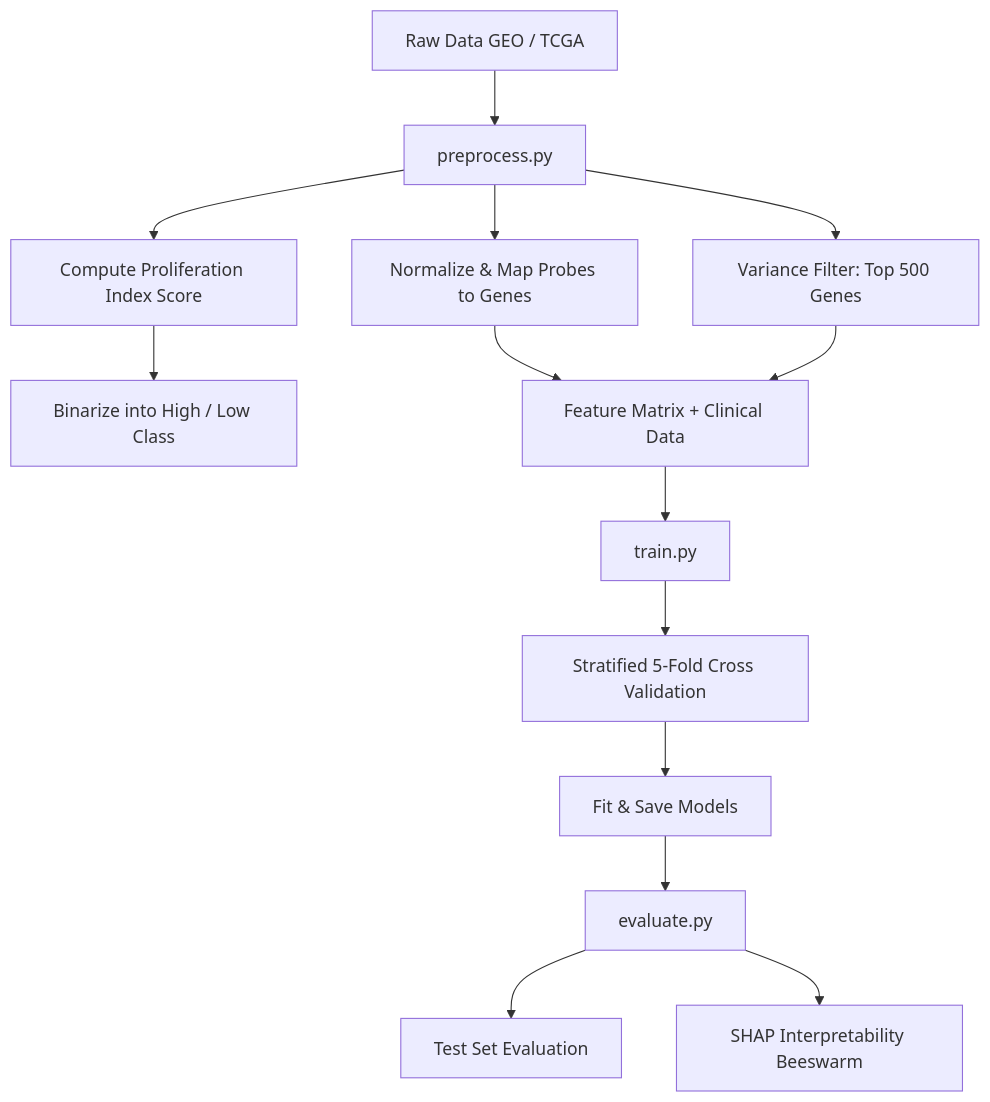
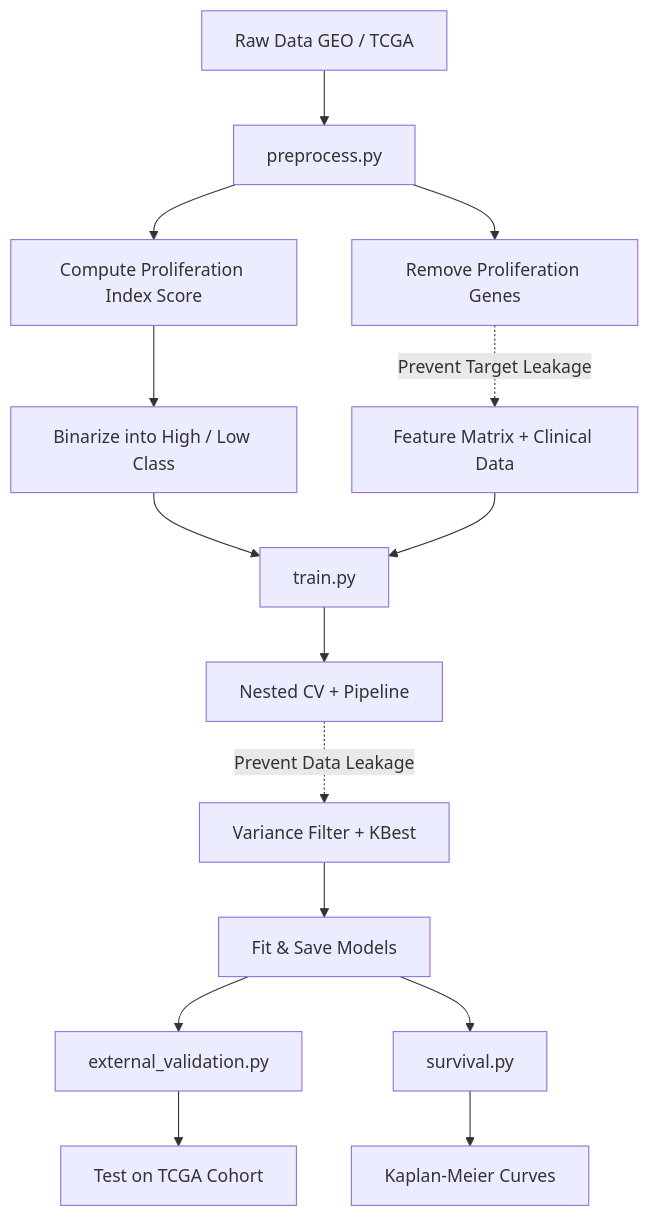
Before and after one commit to Ronisnotasianfr/ColoGrowth-ML: the diagram in README.md, drawn with Mermaid. The commit also changed other lines of this file and 5 other files, not shown here.

Commit message:
Enhance scientific rigor: Fix target/data leakage, add external validation, and implement survival analysis

````diff
--- a/README.md
+++ b/README.md
@@ -42,15 +42,16 @@
 ```mermaid
 graph TD
     A[Raw Data GEO / TCGA] --> B[preprocess.py]
     B --> C[Compute Proliferation Index Score]
     C --> D[Binarize into High / Low Class]
-    B --> E[Normalize & Map Probes to Genes]
-    B --> F[Variance Filter: Top 500 Genes]
-    E & F --> G[Feature Matrix + Clinical Data]
-    G --> H[train.py]
-    H --> I[Stratified 5-Fold Cross Validation]
+    B --> E[Remove Proliferation Genes]
+    E -.-> |Prevent Target Leakage| F[Feature Matrix + Clinical Data]
+    D & F --> G[train.py]
+    G --> H[Nested CV + Pipeline]
+    H -.-> |Prevent Data Leakage| I[Variance Filter + KBest]
     I --> J[Fit & Save Models]
-    J --> K[evaluate.py]
-    K --> L[Test Set Evaluation]
-    K --> M[SHAP Interpretability Beeswarm]
+    J --> K[external_validation.py]
+    K --> L[Test on TCGA Cohort]
+    J --> M[survival.py]
+    M --> N[Kaplan-Meier Curves]
 ```
````
